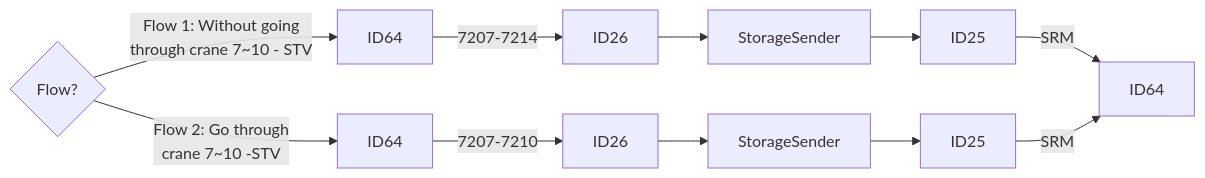
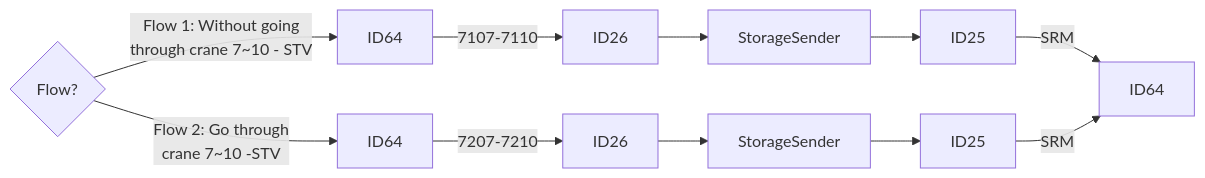
One commit to luthfiadityaa/SimeDarby-Wiki changed the second of 24 diagrams in Basic-Design/DFD-WMS/Storage/Unplanned-Storage/Unplanned-Storage-from-OP-Area.md. Above: the diagram before and after it, drawn with Mermaid.

Commit message:
Updated Unplanned Storage from OP Area

```diff
--- a/Basic-Design/DFD-WMS/Storage/Unplanned-Storage/Unplanned-Storage-from-OP-Area.md
+++ b/Basic-Design/DFD-WMS/Storage/Unplanned-Storage/Unplanned-Storage-from-OP-Area.md
@@ -17,11 +17,11 @@
 ::: mermaid
 flowchart LR
   
 Cond1{Flow?} 
 Cond1 --> |Flow 1: Without going 
 through crane 7~10 - STV| P8[ID64]
 Cond1 --> |Flow 2: Go through 
 crane 7~10 -STV| P9[ID64]
-P8[ID64]--> |7207-7214| P10[ID26]-->P11[StorageSender]-->P12[ID25]--> |SRM| P18[ID64]
+P8[ID64]--> |7107-7110| P10[ID26]-->P11[StorageSender]-->P12[ID25]--> |SRM| P18[ID64]
 P9[ID64]--> |7207-7210| P15[ID26]-->P16[StorageSender]-->P17[ID25]--> |SRM| P18[ID64]
 :::
```
